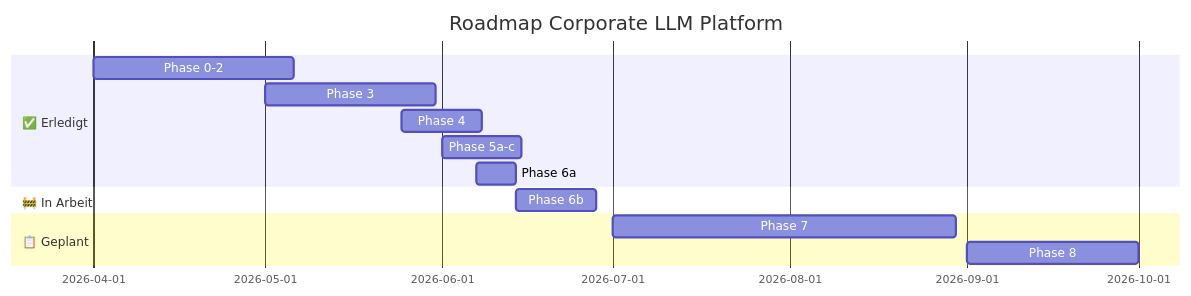
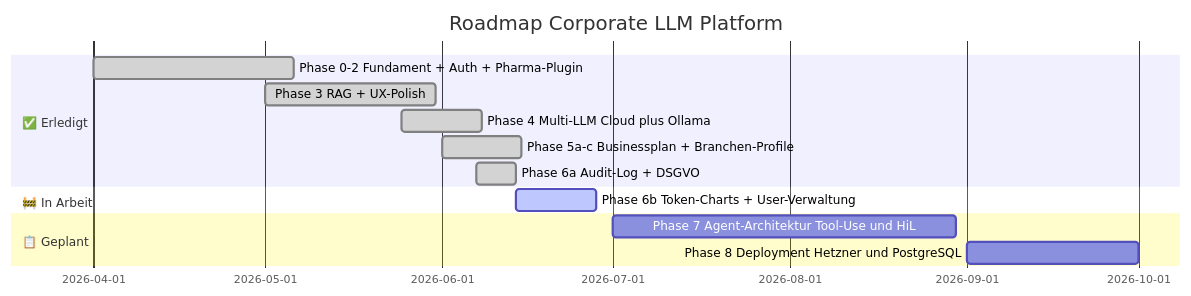
Before and after one commit to verinaris/corporate-llm-platform: the second of 2 diagrams in README.md, drawn with Mermaid.

Commit message:
Fix: Mermaid-Gantt Doppelpunkt-Kollisionen in Task-Namen

````diff
--- a/README.md
+++ b/README.md
@@ -173,16 +173,16 @@
 ```mermaid
 gantt
     title Roadmap Corporate LLM Platform
     dateFormat YYYY-MM-DD
     section ✅ Erledigt
-    Phase 0-2: Fundament + Auth + Pharma-Plugin   :done, 2026-04-01, 35d
-    Phase 3: RAG + UX-Polish                       :done, 2026-05-01, 30d
-    Phase 4: Multi-LLM (Cloud + Ollama)            :done, 2026-05-25, 14d
-    Phase 5a-c: Businessplan + Branchen-Profile    :done, 2026-06-01, 14d
-    Phase 6a: Audit-Log + DSGVO                    :done, 2026-06-07, 7d
+    Phase 0-2 Fundament + Auth + Pharma-Plugin   :done, 2026-04-01, 35d
+    Phase 3 RAG + UX-Polish                       :done, 2026-05-01, 30d
+    Phase 4 Multi-LLM Cloud plus Ollama            :done, 2026-05-25, 14d
+    Phase 5a-c Businessplan + Branchen-Profile    :done, 2026-06-01, 14d
+    Phase 6a Audit-Log + DSGVO                    :done, 2026-06-07, 7d
     section 🚧 In Arbeit
-    Phase 6b: Token-Charts + User-Verwaltung       :active, 2026-06-14, 14d
+    Phase 6b Token-Charts + User-Verwaltung       :active, 2026-06-14, 14d
     section 📋 Geplant
-    Phase 7: Agent-Architektur Tool-Use und HiL     :2026-07-01, 60d
-    Phase 8: Deployment (Hetzner, PostgreSQL)      :2026-09-01, 30d
+    Phase 7 Agent-Architektur Tool-Use und HiL     :2026-07-01, 60d
+    Phase 8 Deployment Hetzner und PostgreSQL      :2026-09-01, 30d
 ```
````
